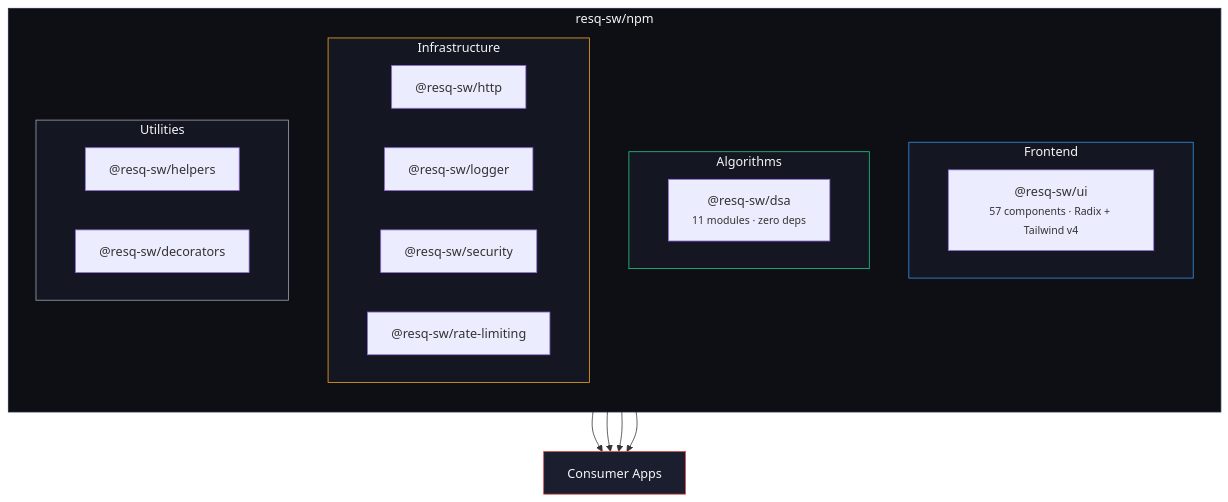
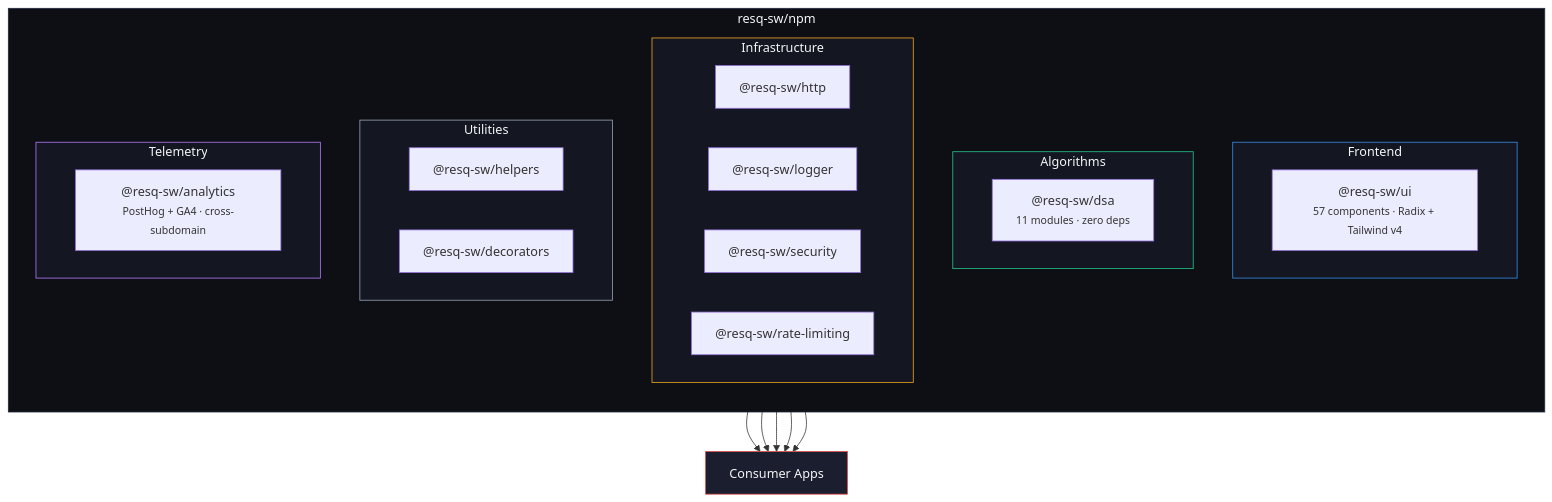
Before and after one commit to resq-software/npm: the diagram in README.md, drawn with Mermaid. The commit also changed other lines of this file and 121 other files, not shown here.

````diff
--- a/README.md
+++ b/README.md
@@ -36,34 +37,39 @@
 ```mermaid
 graph TB
     subgraph repo["resq-sw/npm"]
         direction TB
         subgraph frontend["Frontend"]
             ui["@resq-sw/ui<br/><small>57 components · Radix + Tailwind v4</small>"]
         end
         subgraph algorithms["Algorithms"]
             dsa["@resq-sw/dsa<br/><small>11 modules · zero deps</small>"]
         end
         subgraph infra["Infrastructure"]
             http["@resq-sw/http"]
             logger["@resq-sw/logger"]
             security["@resq-sw/security"]
             ratelimit["@resq-sw/rate-limiting"]
         end
         subgraph utilities["Utilities"]
             helpers["@resq-sw/helpers"]
             decorators["@resq-sw/decorators"]
         end
+        subgraph telemetry["Telemetry"]
+            analytics["@resq-sw/analytics<br/><small>PostHog + GA4 · cross-subdomain</small>"]
+        end
     end
 
     frontend --> apps["Consumer Apps"]
     algorithms --> apps
     infra --> apps
     utilities --> apps
+    telemetry --> apps
 
     style repo fill:#0d0f14,stroke:#222b42,color:#f5f5f7
     style frontend fill:#141722,stroke:#388feb,color:#f5f5f7
     style algorithms fill:#141722,stroke:#25c68a,color:#f5f5f7
     style infra fill:#141722,stroke:#f5a623,color:#f5f5f7
     style utilities fill:#141722,stroke:#9ba3b5,color:#f5f5f7
+    style telemetry fill:#141722,stroke:#b478ff,color:#f5f5f7
     style apps fill:#1a1e2e,stroke:#e24b4a,color:#f5f5f7
 ```
````
